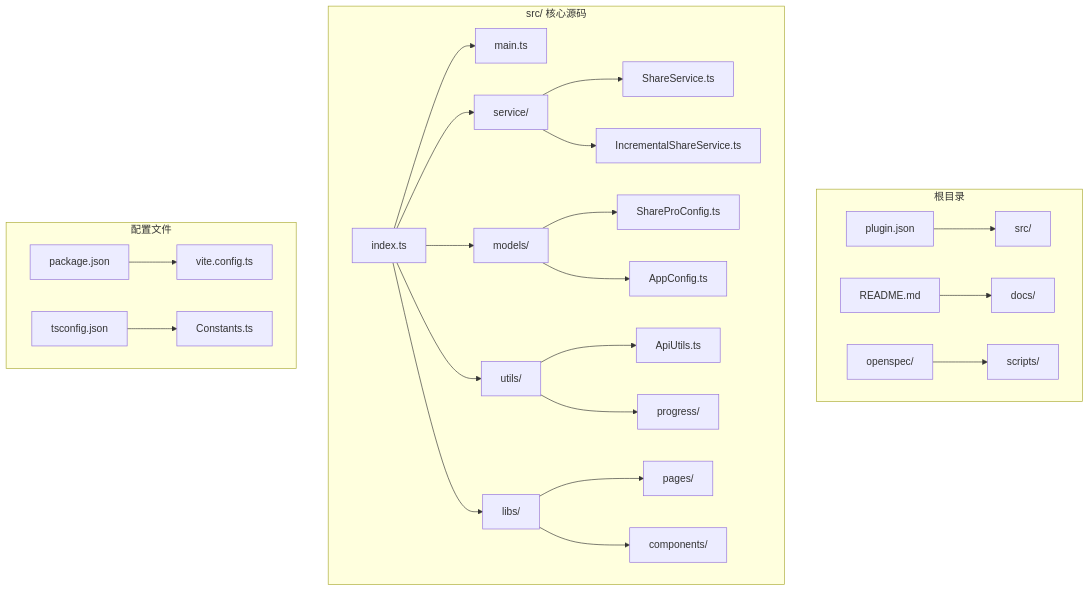
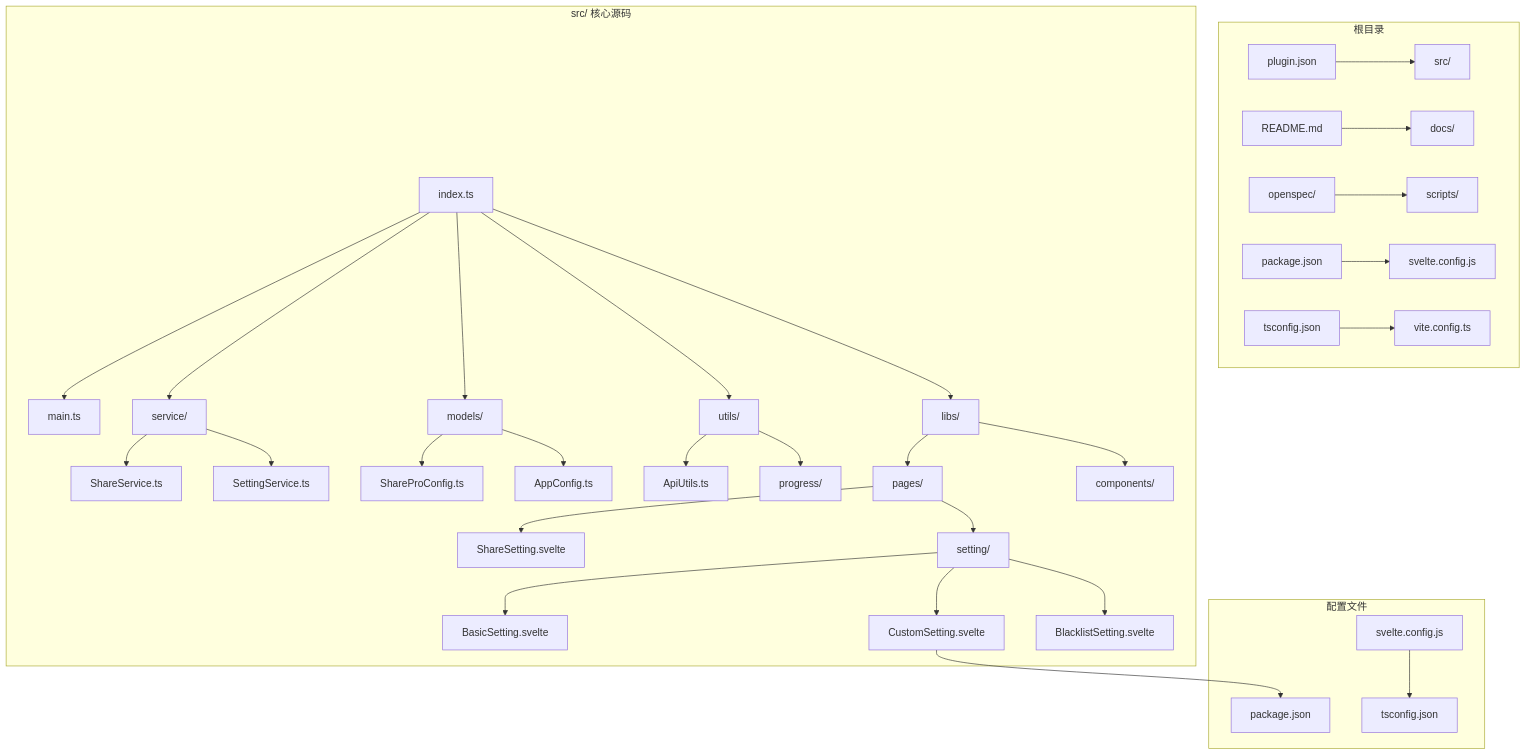
Before and after one commit to terwerinc/siyuan-plugin-share-pro: the first of 10 diagrams in .qoder/repowiki/zh/content/核心功能/自定义存储系统.md, drawn with Mermaid. The commit also changed other lines of this file and 6 other files, not shown here.

Commit message:
docs: add storage API documentation and update dev environment config

````diff
--- a/.qoder/repowiki/zh/content/核心功能/自定义存储系统.md
+++ b/.qoder/repowiki/zh/content/核心功能/自定义存储系统.md
@@ -40,27 +54,34 @@
 ```mermaid
 graph TB
 subgraph "根目录"
 A[plugin.json] --> B[src/]
 C[README.md] --> D[docs/]
 E[openspec/] --> F[scripts/]
+G[package.json] --> H[svelte.config.js]
+I[tsconfig.json] --> J[vite.config.ts]
 end
 subgraph "src/ 核心源码"
-G[index.ts] --> H[main.ts]
-G --> I[service/]
-G --> J[models/]
-G --> K[utils/]
-G --> L[libs/]
-I --> M[ShareService.ts]
-I --> N[IncrementalShareService.ts]
-J --> O[ShareProConfig.ts]
-J --> P[AppConfig.ts]
-K --> Q[ApiUtils.ts]
-K --> R[progress/]
-L --> S[pages/]
-L --> T[components/]
+K[index.ts] --> L[main.ts]
+K --> M[service/]
+K --> N[models/]
+K --> O[utils/]
+K --> P[libs/]
+M --> Q[ShareService.ts]
+M --> R[SettingService.ts]
+N --> S[ShareProConfig.ts]
+N --> T[AppConfig.ts]
+O --> U[ApiUtils.ts]
+O --> V[progress/]
+P --> W[pages/]
+P --> X[components/]
+W --> Y[ShareSetting.svelte]
+W --> Z[setting/]
+Z --> AA[BasicSetting.svelte]
+Z --> AB[CustomSetting.svelte]
+Z --> AC[BlacklistSetting.svelte]
 end
 subgraph "配置文件"
-U[package.json] --> V[vite.config.ts]
-W[tsconfig.json] --> X[Constants.ts]
+AB --> AD[package.json]
+AE[svelte.config.js] --> AF[tsconfig.json]
 end
 ```
````
